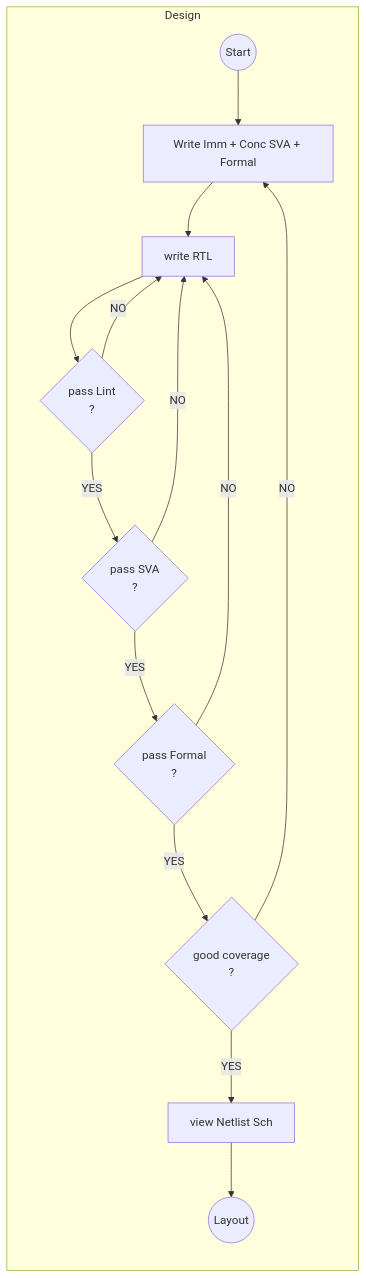
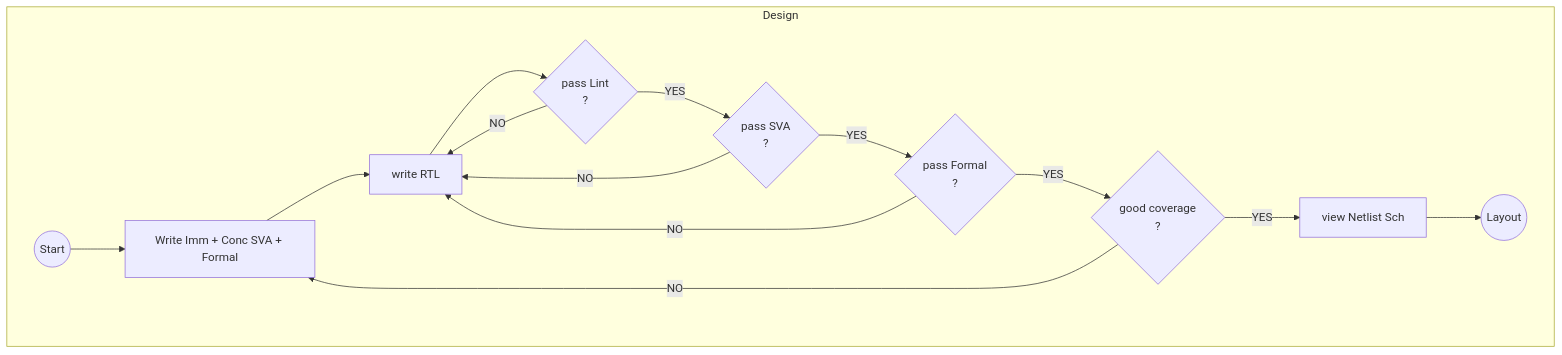
One commit to WhisperingRock/fibaccel changed the diagram in README.md. Above: the diagram before and after it, drawn with Mermaid.

Commit message:
trying styles

````diff
--- a/README.md
+++ b/README.md
@@ -21,25 +21,25 @@
 ```mermaid
 
-flowchart LR
+flowchart TD
   subgraph Design
     A((Start))
     B[Write Imm + Conc SVA + Formal]
     C[write RTL]
     D{pass Lint\n?}
     E{pass SVA\n?}
     F{pass Formal\n?}
     G{good coverage\n?}
     H[view Netlist Sch]
     I((Layout))
   end
   A --> B --> C --> D
   D -- NO --> C
   D -- YES --> E
   E -- NO --> C
   E -- YES --> F
   F -- NO --> C
   F -- YES --> G
   G -- NO --> B
   G -- YES --> H
   H --> I
 ```
````
